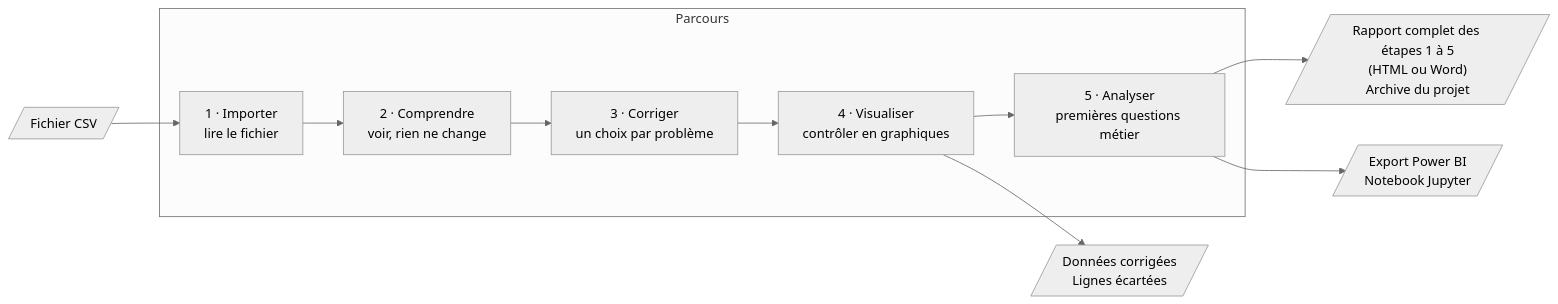
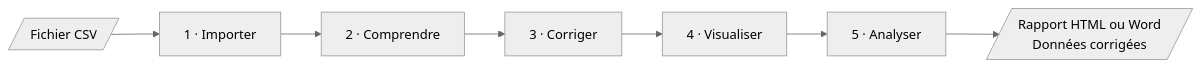
One commit to mila1515/IT-Service-Performance-Analytics changed the diagram in src/README.md. Above: the diagram before and after it, drawn with Mermaid (neutral theme). The commit also changed other lines of this file and 3 other files, not shown here.

````diff
--- a/src/README.md
+++ b/src/README.md
@@ -41,13 +9,9 @@
 ```mermaid
 flowchart LR
-    F[/Fichier CSV/] --> E1
-    subgraph Parcours
-        E1["1 · Importer<br/>lire le fichier"] --> E2["2 · Comprendre<br/>voir, rien ne change"]
-        E2 --> E3["3 · Corriger<br/>un choix par problème"]
-        E3 --> E4["4 · Visualiser<br/>contrôler en graphiques"]
-        E4 --> E5["5 · Analyser<br/>premières questions métier"]
-    end
-    E4 --> S1[/"Données corrigées<br/>Lignes écartées"/]
-    E5 --> R[/"Rapport complet des étapes 1 à 5<br/>(HTML ou Word)<br/>Archive du projet"/]
-    E5 --> S2[/"Export Power BI<br/>Notebook Jupyter"/]
+    F[/Fichier CSV/] --> E1["1 · Importer"]
+    E1 --> E2["2 · Comprendre"]
+    E2 --> E3["3 · Corriger"]
+    E3 --> E4["4 · Visualiser"]
+    E4 --> E5["5 · Analyser"]
+    E5 --> R[/"Rapport HTML ou Word<br/>Données corrigées"/]
 ```
````
